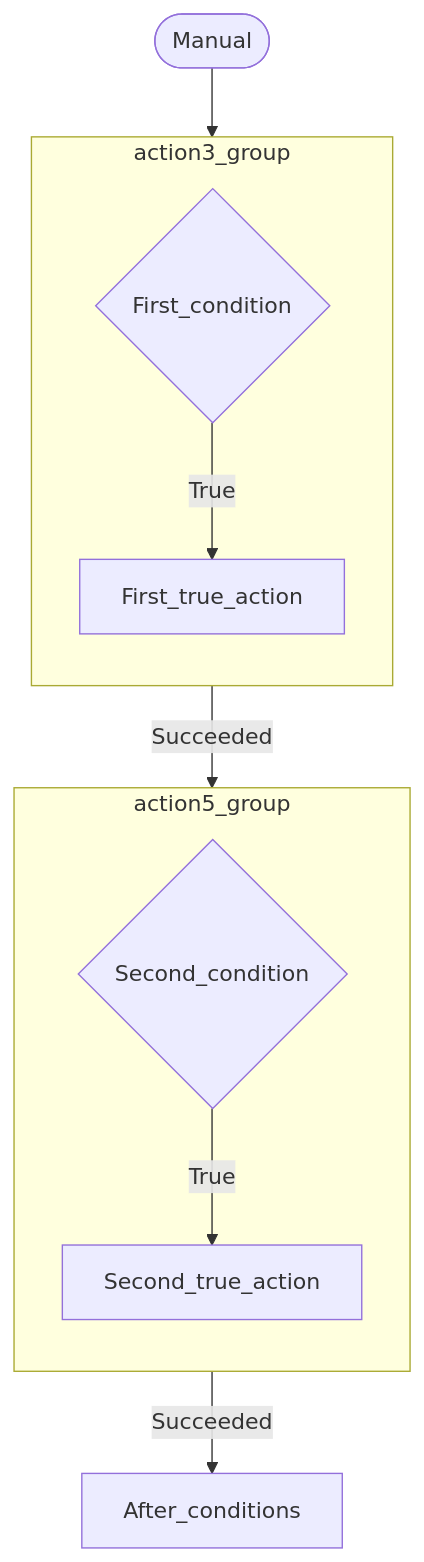
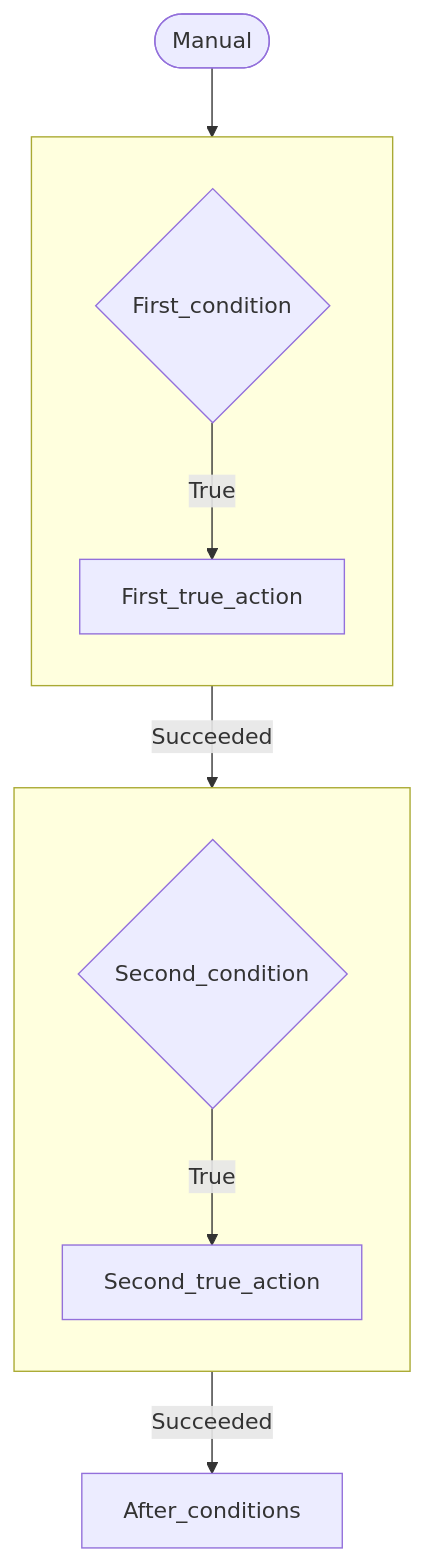
The diagram in tests/fixtures/expected/FlowChart.TrueOnlyConditionFlow.expected.md (autosysops/PowerShell_PowerPlatformChecker), drawn with Mermaid before and after one commit. The commit also changed 8 other files, not shown here.

```diff
--- a/tests/fixtures/expected/FlowChart.TrueOnlyConditionFlow.expected.md
+++ b/tests/fixtures/expected/FlowChart.TrueOnlyConditionFlow.expected.md
@@ -1,20 +1,20 @@
 :::mermaid
 flowchart TB
 action0(["Manual"])
 action1["After_conditions"]
-subgraph action3_group
+subgraph action3_group[" "]
 direction TB
 action2["First_true_action"]
 action3{"First_condition"}
 action3 -- True --> action2
 end
-subgraph action5_group
+subgraph action5_group[" "]
 direction TB
 action4["Second_true_action"]
 action5{"Second_condition"}
 action5 -- True --> action4
 end
 action0 --> action3_group
 action3_group -- Succeeded --> action5_group
 action5_group -- Succeeded --> action1
 :::
```
